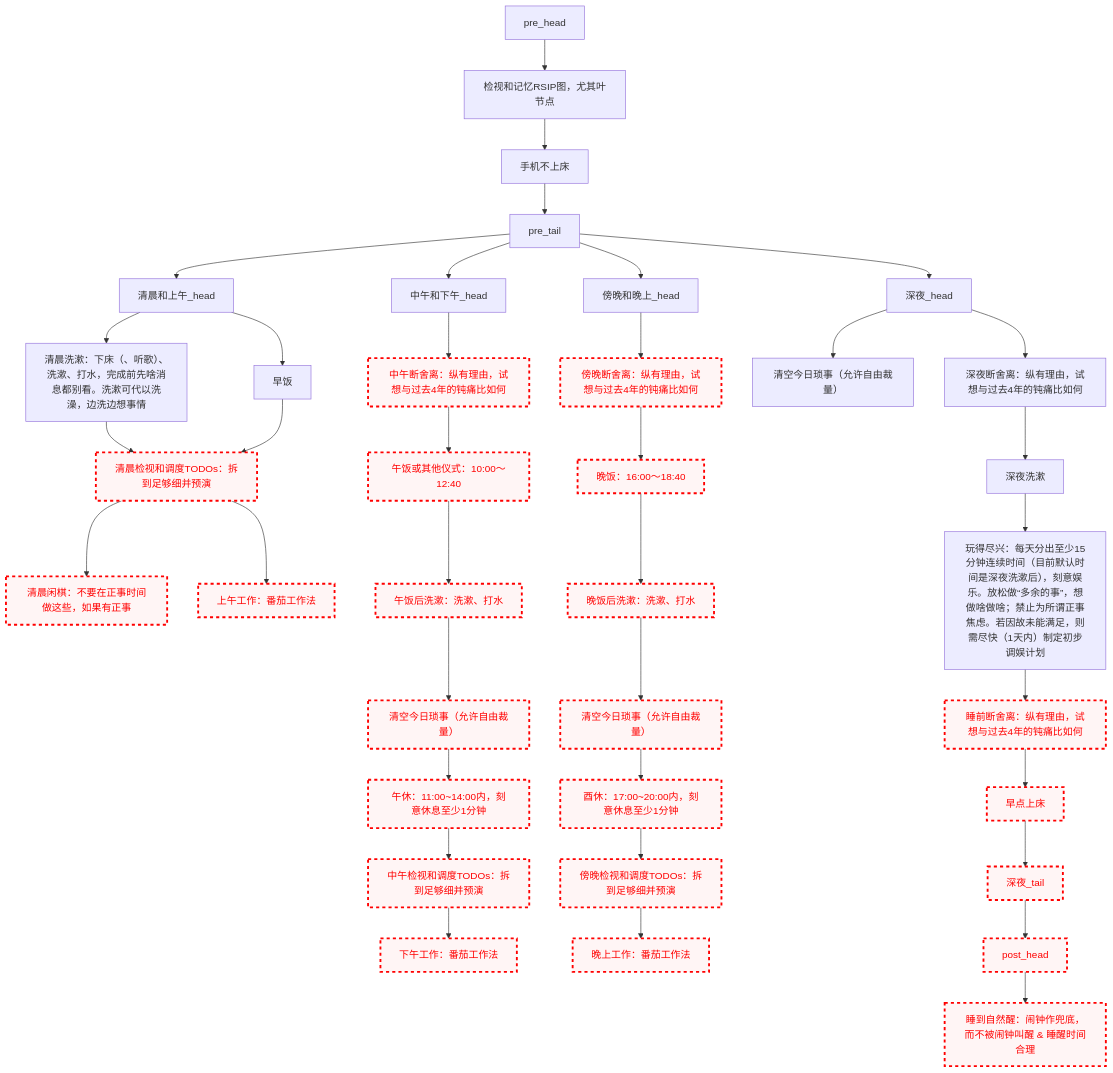
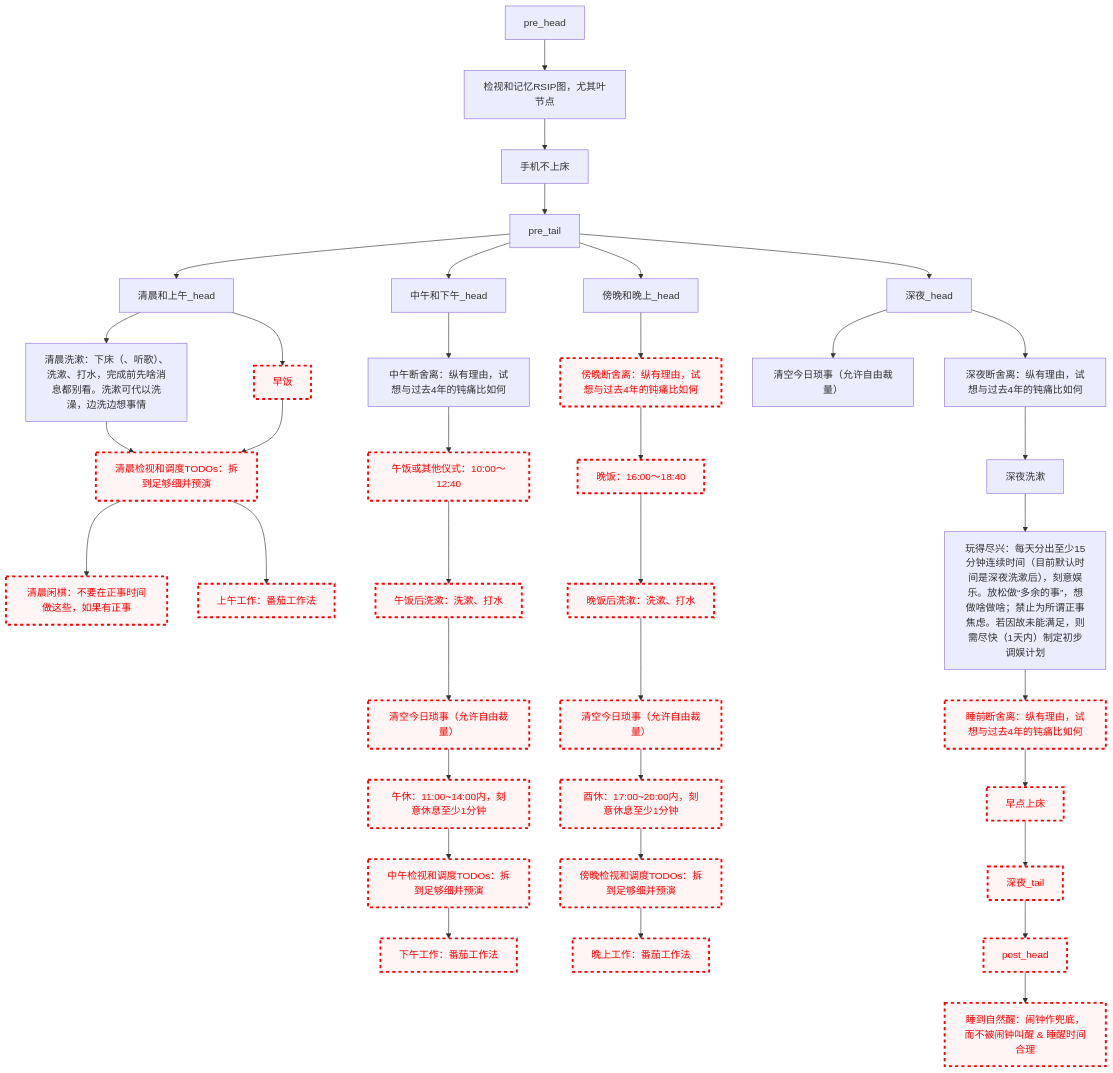
Before and after one commit to Ethkuil/RSIP-tree: the diagram in README.md, drawn with Mermaid.

Commit message:
disable 早饭; enable 中午断舍离

````diff
--- a/README.md
+++ b/README.md
@@ -21,72 +21,72 @@
 ```mermaid
 graph TD
 
 classDef failed stroke:#ff0000, stroke-width:3px, color:#ff0000, fill:#fff5f5, stroke-dasharray: 5
 
 pre_head --> RSIP[检视和记忆RSIP图，尤其叶节点]
 RSIP --> 手机不上床
 手机不上床 --> pre_tail
 
 
 pre_tail --> 清晨和上午_head
 清晨和上午_head --> 清晨洗漱
 清晨洗漱[清晨洗漱：下床（、听歌）、洗漱、打水，完成前先啥消息都别看。洗漱可代以洗澡，边洗边想事情]
 清晨和上午_head --> 早饭
+class 早饭 failed
 清晨洗漱 --> 清晨看TODO[清晨检视和调度TODOs：拆到足够细并预演]
 早饭 --> 清晨看TODO
 class 清晨看TODO failed
 清晨看TODO --> 清晨闲棋[清晨闲棋：不要在正事时间做这些，如果有正事]
 class 清晨闲棋 failed
 清晨看TODO --> 上午工作[上午工作：番茄工作法]
 class 上午工作 failed
 
 pre_tail --> 中午和下午_head
 中午和下午_head --> 中午断舍离[中午断舍离：纵有理由，试想与过去4年的钝痛比如何]
-class 中午断舍离 failed
 中午断舍离 --> 午饭[午饭或其他仪式：10:00～12:40]
 class 午饭 failed
 午饭 --> 午饭后洗漱[午饭后洗漱：洗漱、打水]
 class 午饭后洗漱 failed
 午饭后洗漱 --> 中午今日琐事[清空今日琐事（允许自由裁量）]
 class 中午今日琐事 failed
 中午今日琐事 --> 午休[午休：11:00~14:00内，刻意休息至少1分钟]
 class 午休 failed
 午休 --> 中午看TODO[中午检视和调度TODOs：拆到足够细并预演]
 class 中午看TODO failed
 中午看TODO --> 下午工作[下午工作：番茄工作法]
 class 下午工作 failed
 
 pre_tail --> 傍晚和晚上_head
 傍晚和晚上_head --> 傍晚断舍离[傍晚断舍离：纵有理由，试想与过去4年的钝痛比如何]
 class 傍晚断舍离 failed
 傍晚断舍离 --> 晚饭[晚饭：16:00～18:40]
 class 晚饭 failed
 晚饭 --> 晚饭后洗漱[晚饭后洗漱：洗漱、打水]
 class 晚饭后洗漱 failed
 晚饭后洗漱 --> 傍晚今日琐事[清空今日琐事（允许自由裁量）]
 class 傍晚今日琐事 failed
 傍晚今日琐事 --> 酉休[酉休：17:00~20:00内，刻意休息至少1分钟]
 class 酉休 failed
 酉休 --> 傍晚看TODO[傍晚检视和调度TODOs：拆到足够细并预演]
 class 傍晚看TODO failed
 傍晚看TODO --> 晚上工作[晚上工作：番茄工作法]
 class 晚上工作 failed
 
 pre_tail --> 深夜_head
 深夜_head --> 深夜今日琐事[清空今日琐事（允许自由裁量）]
 深夜_head --> 深夜断舍离[深夜断舍离：纵有理由，试想与过去4年的钝痛比如何]
 深夜断舍离 --> 深夜洗漱
 深夜洗漱 --> 玩得尽兴[玩得尽兴：每天分出至少15分钟连续时间（目前默认时间是深夜洗漱后），刻意娱乐。放松做“多余的事”，想做啥做啥；禁止为所谓正事焦虑。若因故未能满足，则需尽快（1天内）制定初步调娱计划]
 玩得尽兴 --> 睡前断舍离[睡前断舍离：纵有理由，试想与过去4年的钝痛比如何]
 class 睡前断舍离 failed
 睡前断舍离 --> 早点上床
 class 早点上床 failed
 早点上床 --> 深夜_tail
 class 深夜_tail failed
 
 
 深夜_tail --> post_head
 class post_head failed
 post_head --> 睡到自然醒[睡到自然醒：闹钟作兜底，而不被闹钟叫醒 & 睡醒时间合理]
 class 睡到自然醒 failed
 ```
````
